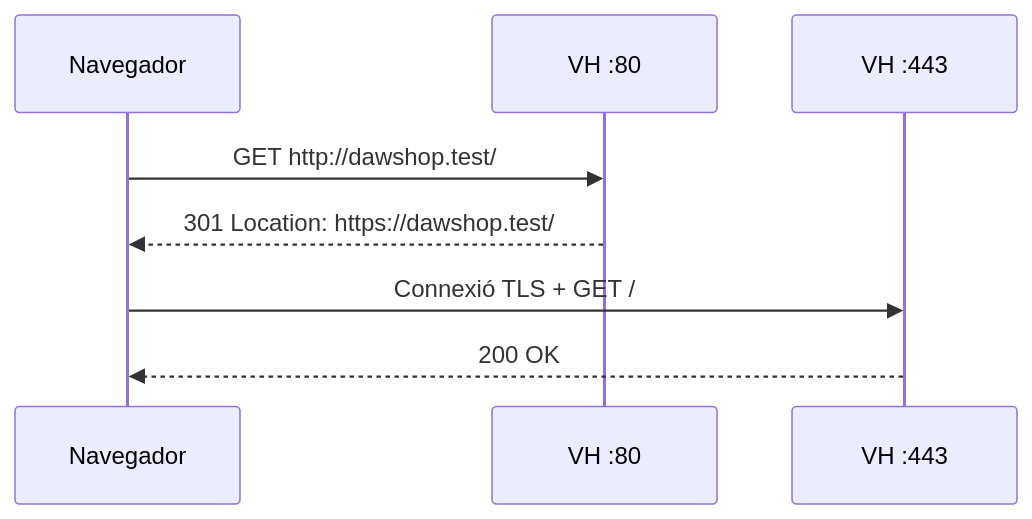
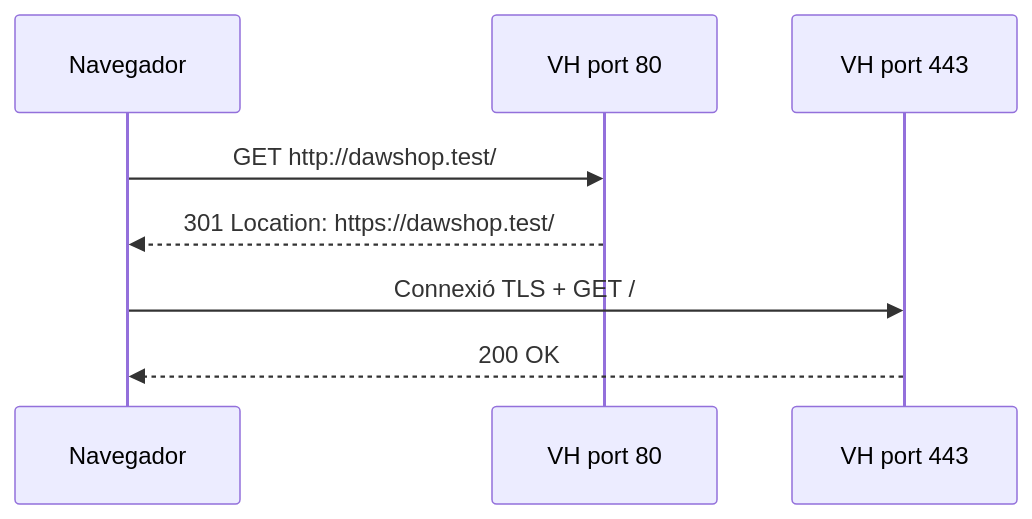
The second of 2 diagrams in docs/daw-daw/up2/03-virtual-hosts.md (jordicido/jordicina), drawn with Mermaid before and after one commit. The commit also changed other lines of this file, not shown here.

````diff
--- a/docs/daw-daw/up2/03-virtual-hosts.md
+++ b/docs/daw-daw/up2/03-virtual-hosts.md
@@ -349,10 +349,10 @@
 ```mermaid
 sequenceDiagram
     participant B as Navegador
-    participant H as VH :80
-    participant S as VH :443
+    participant H as VH port 80
+    participant S as VH port 443
     B->>H: GET http://dawshop.test/
     H-->>B: 301 Location: https://dawshop.test/
     B->>S: Connexió TLS + GET /
     S-->>B: 200 OK
 ```
````
